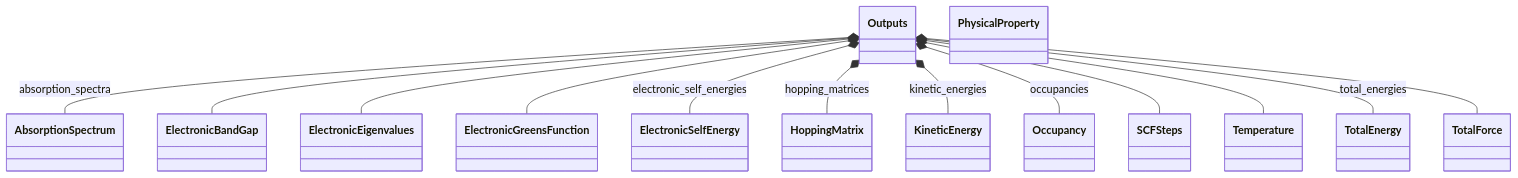
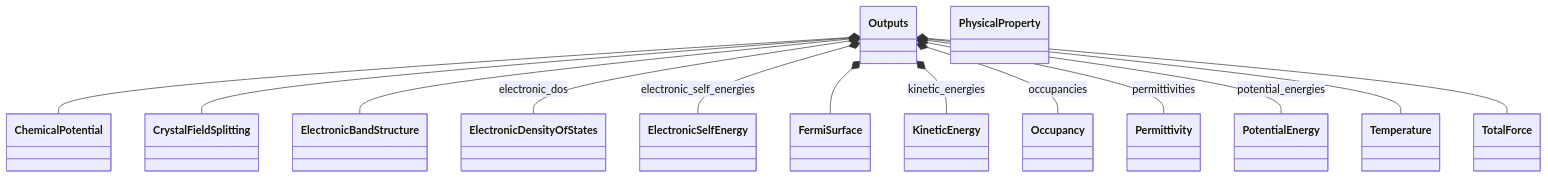
One commit to FAIRmat-NFDI/nomad-simulations changed the first of 2 diagrams in docs/schema/outputs.diagram.md. Above: the diagram before and after it, drawn with Mermaid. The commit also changed 9 other files, not shown here.

````diff
--- a/docs/schema/outputs.diagram.md
+++ b/docs/schema/outputs.diagram.md
@@ -14,43 +14,43 @@
 ```mermaid
 classDiagram
-    class AbsorptionSpectrum {
+    class ChemicalPotential {
     }
-    class ElectronicBandGap {
+    class CrystalFieldSplitting {
     }
-    class ElectronicEigenvalues {
+    class ElectronicBandStructure {
     }
-    class ElectronicGreensFunction {
+    class ElectronicDensityOfStates {
     }
     class ElectronicSelfEnergy {
     }
-    class HoppingMatrix {
+    class FermiSurface {
     }
     class KineticEnergy {
     }
     class Occupancy {
     }
     class Outputs {
     }
+    class Permittivity {
+    }
     class PhysicalProperty {
     }
-    class SCFSteps {
+    class PotentialEnergy {
     }
     class Temperature {
     }
-    class TotalEnergy {
-    }
     class TotalForce {
     }
-    Outputs *-- AbsorptionSpectrum : absorption_spectra
-    Outputs *-- ElectronicBandGap
-    Outputs *-- ElectronicEigenvalues
-    Outputs *-- ElectronicGreensFunction
+    Outputs *-- ChemicalPotential
+    Outputs *-- CrystalFieldSplitting
+    Outputs *-- ElectronicBandStructure
+    Outputs *-- ElectronicDensityOfStates : electronic_dos
     Outputs *-- ElectronicSelfEnergy : electronic_self_energies
-    Outputs *-- HoppingMatrix : hopping_matrices
+    Outputs *-- FermiSurface
     Outputs *-- KineticEnergy : kinetic_energies
     Outputs *-- Occupancy : occupancies
-    Outputs *-- SCFSteps
+    Outputs *-- Permittivity : permittivities
+    Outputs *-- PotentialEnergy : potential_energies
     Outputs *-- Temperature
-    Outputs *-- TotalEnergy : total_energies
     Outputs *-- TotalForce
 ```
````
